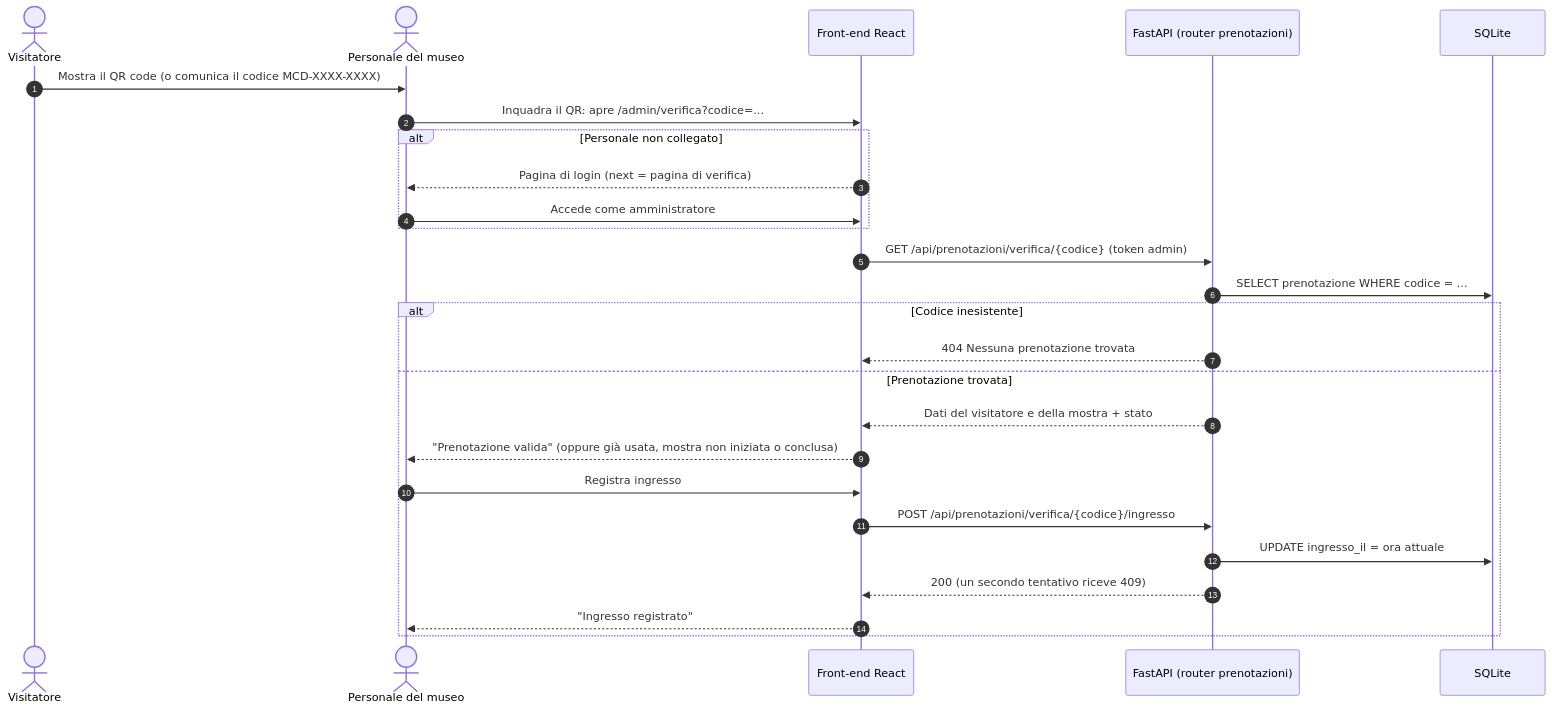
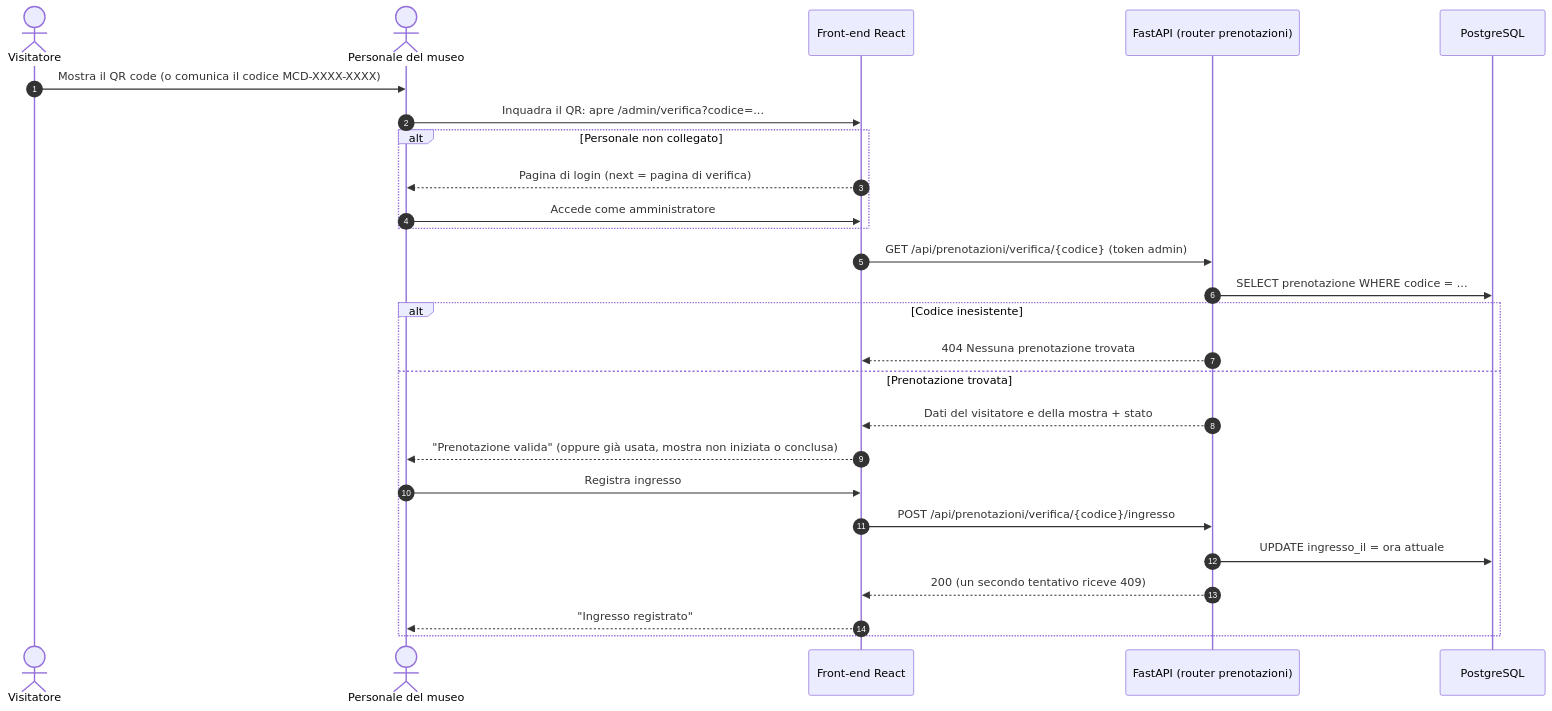
Before and after one commit to reverserob/museo-digitale-pw: the seventh of 7 diagrams in DOCUMENTATION.md, drawn with Mermaid. The commit also changed other lines of this file and 24 other files, not shown here.

````diff
--- a/DOCUMENTATION.md
+++ b/DOCUMENTATION.md
@@ -521,29 +571,29 @@
 ```mermaid
 sequenceDiagram
     autonumber
     actor V as Visitatore
     actor P as Personale del museo
     participant FE as Front-end React
     participant API as FastAPI (router prenotazioni)
-    participant DB as SQLite
+    participant DB as PostgreSQL
 
     V->>P: Mostra il QR code (o comunica il codice MCD-XXXX-XXXX)
     P->>FE: Inquadra il QR: apre /admin/verifica?codice=...
     alt Personale non collegato
         FE-->>P: Pagina di login (next = pagina di verifica)
         P->>FE: Accede come amministratore
     end
     FE->>API: GET /api/prenotazioni/verifica/{codice} (token admin)
     API->>DB: SELECT prenotazione WHERE codice = ...
     alt Codice inesistente
         API-->>FE: 404 Nessuna prenotazione trovata
     else Prenotazione trovata
         API-->>FE: Dati del visitatore e della mostra + stato
         FE-->>P: "Prenotazione valida" (oppure già usata, mostra non iniziata o conclusa)
         P->>FE: Registra ingresso
         FE->>API: POST /api/prenotazioni/verifica/{codice}/ingresso
         API->>DB: UPDATE ingresso_il = ora attuale
         API-->>FE: 200 (un secondo tentativo riceve 409)
         FE-->>P: "Ingresso registrato"
     end
 ```
````
